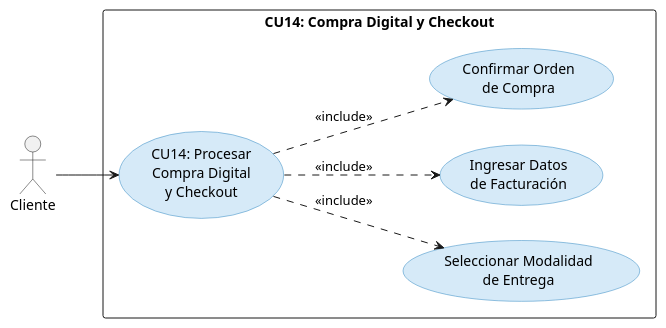
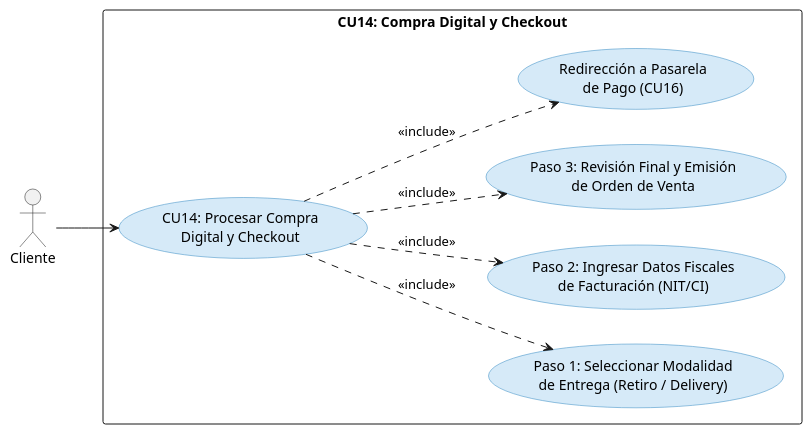
Before and after one commit to INGvainilla/1erParcial: the fourth of 9 diagrams in DOCUMENTACION2/ciclo2.md, drawn with PlantUML. The commit also changed other lines of this file and 60 other files, not shown here.

````diff
--- a/DOCUMENTACION2/ciclo2.md
+++ b/DOCUMENTACION2/ciclo2.md
@@ -167,23 +221,25 @@
 ```plantuml
 @startuml CU14_Checkout
 left to right direction
 skinparam usecase {
   BackgroundColor #D6EAF8
   BorderColor #2E86C1
 }
 
 actor "Cliente" as Cliente
 
 rectangle "CU14: Compra Digital y Checkout" {
-  usecase "CU14: Procesar\nCompra Digital\ny Checkout" as CU14
-  usecase "Seleccionar Modalidad\nde Entrega" as UC_Entrega
-  usecase "Ingresar Datos\nde Facturación" as UC_Factura
-  usecase "Confirmar Orden\nde Compra" as UC_Orden
+  usecase "CU14: Procesar Compra\nDigital y Checkout" as CU14
+  usecase "Paso 1: Seleccionar Modalidad\nde Entrega (Retiro / Delivery)" as UC_Entrega
+  usecase "Paso 2: Ingresar Datos Fiscales\nde Facturación (NIT/CI)" as UC_Factura
+  usecase "Paso 3: Revisión Final y Emisión\nde Orden de Venta" as UC_Orden
+  usecase "Redirección a Pasarela\nde Pago (CU16)" as UC_Pago
 }
 
 Cliente --> CU14
 CU14 ..> UC_Entrega : <<include>>
 CU14 ..> UC_Factura : <<include>>
 CU14 ..> UC_Orden : <<include>>
+CU14 ..> UC_Pago : <<include>>
 @enduml
 ```
````
